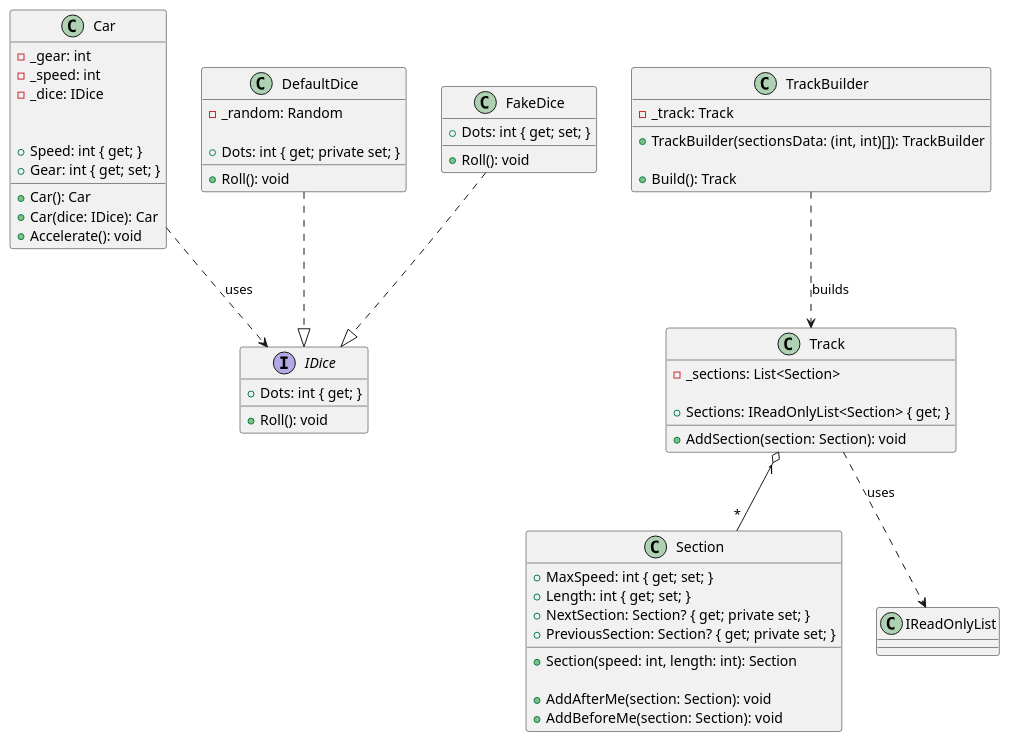
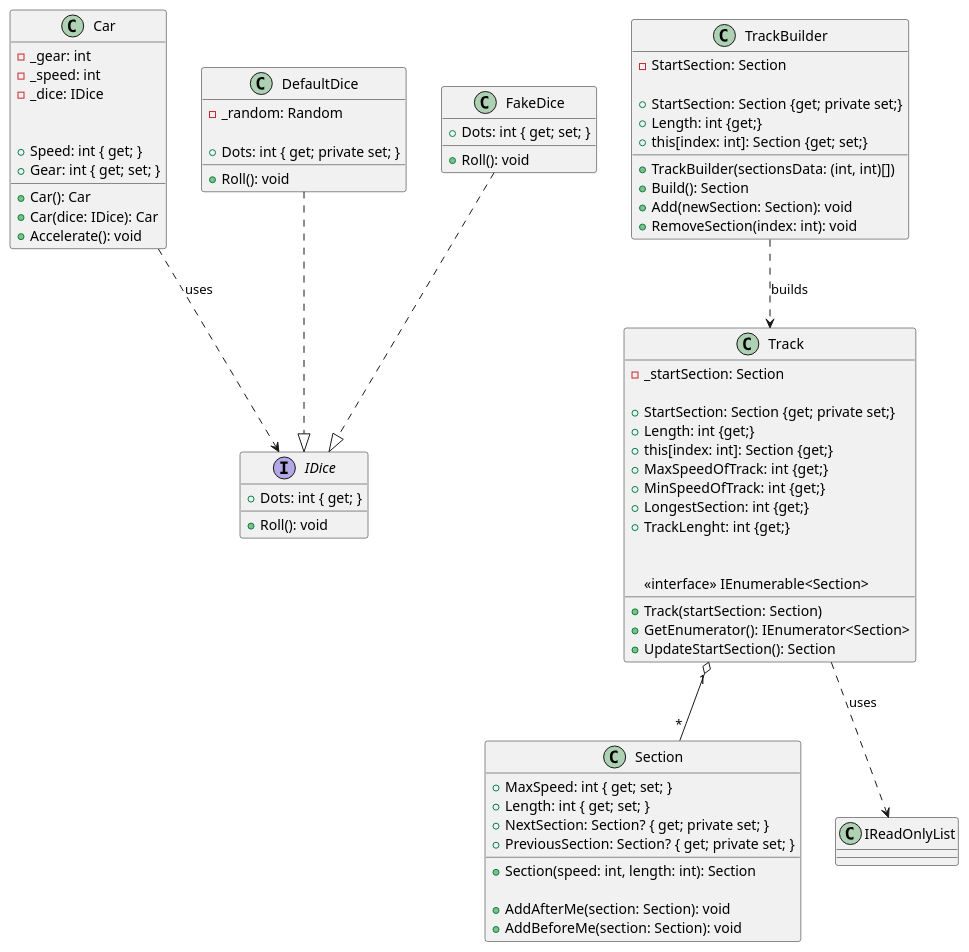
One commit to DBsMOJO/car-race-project changed the diagram in class-diagram.plantuml. Above: the diagram before and after it, drawn with PlantUML. The commit also changed 2 other files, not shown here.

Commit message:
update class diagram

```diff
--- a/class-diagram.plantuml
+++ b/class-diagram.plantuml
@@ -1,70 +1,85 @@
 @startuml
 class Car {
     - _gear: int
     - _speed: int
     - _dice: IDice
 
     + Car(): Car
     + Car(dice: IDice): Car
 
     + Speed: int { get; }
     + Gear: int { get; set; }
 
     + Accelerate(): void
 }
 
 class DefaultDice {
     - _random: Random
 
     + Dots: int { get; private set; }
 
     + Roll(): void
 }
 
 class FakeDice {
     + Dots: int { get; set; }
 
     + Roll(): void
 }
 
 interface IDice {
     + Dots: int { get; }
 
     + Roll(): void
 }
 
 class Section {
     + MaxSpeed: int { get; set; }
     + Length: int { get; set; }
     + NextSection: Section? { get; private set; }
     + PreviousSection: Section? { get; private set; }
 
     + Section(speed: int, length: int): Section
 
     + AddAfterMe(section: Section): void
     + AddBeforeMe(section: Section): void
 }
 
 class Track {
-    - _sections: List<Section>
+    - _startSection: Section
 
-    + Sections: IReadOnlyList<Section> { get; }
+    + StartSection: Section {get; private set;}
+    + Length: int {get;}
+    + this[index: int]: Section {get;}
+    + MaxSpeedOfTrack: int {get;}
+    + MinSpeedOfTrack: int {get;}
+    + LongestSection: int {get;}
+    + TrackLenght: int {get;}
 
-    + AddSection(section: Section): void
+    + Track(startSection: Section)
+    + GetEnumerator(): IEnumerator<Section>
+    + UpdateStartSection(): Section
+
+    <<interface>> IEnumerable<Section>
 }
 
 class TrackBuilder {
-    - _track: Track
+    - StartSection: Section
 
-    + TrackBuilder(sectionsData: (int, int)[]): TrackBuilder
+    + StartSection: Section {get; private set;}
+    + Length: int {get;}
+    + this[index: int]: Section {get; set;}
 
-    + Build(): Track
+    + TrackBuilder(sectionsData: (int, int)[])
+    + Build(): Section
+    + Add(newSection: Section): void
+    + RemoveSection(index: int): void
 }
 
 FakeDice ..|> IDice
 DefaultDice ..|> IDice
 Car ..> IDice : uses
 Track "1" o-- "*" Section
 Track ..> IReadOnlyList : uses
 TrackBuilder ..> Track : builds
 @enduml
```
